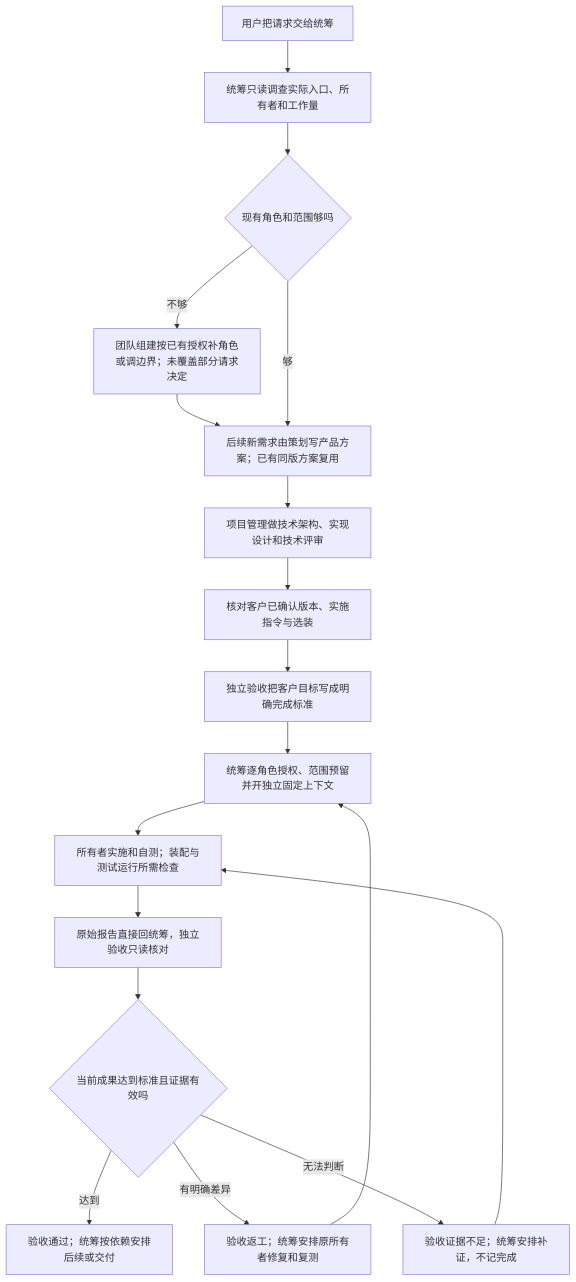
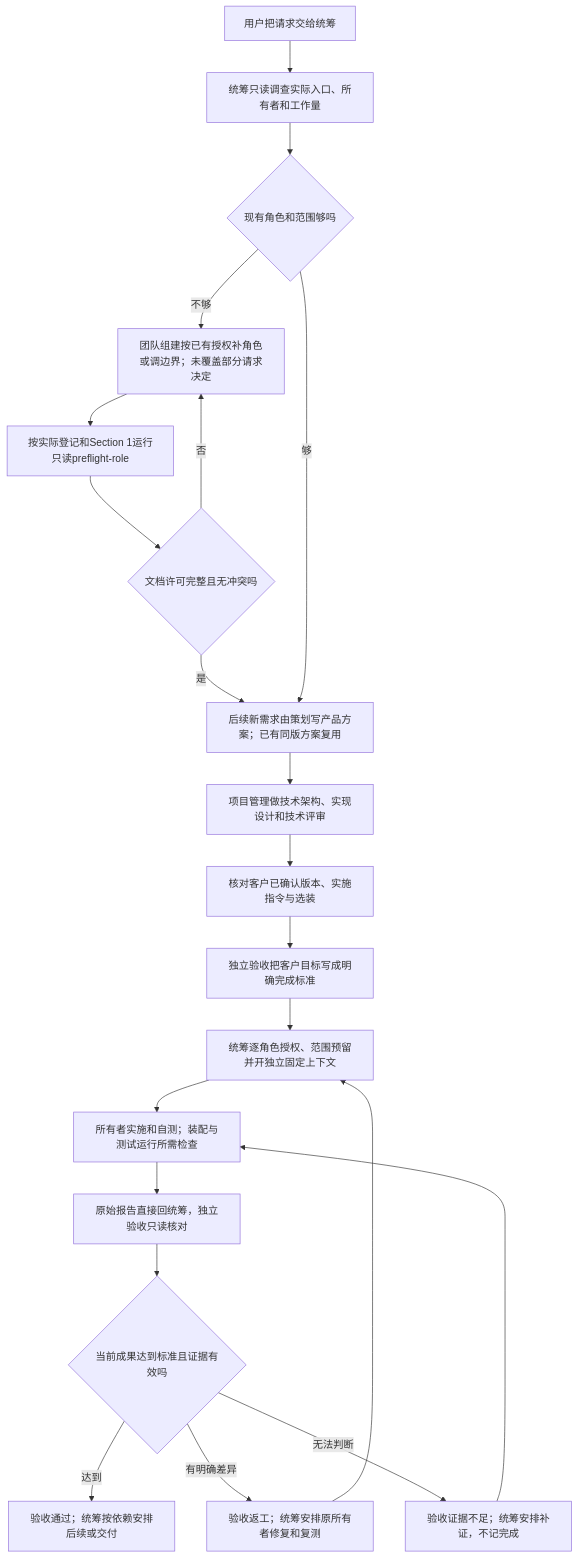
One commit to wangzhongren/ans-skill changed the diagram in 角色卡/技能规范/docs/feature/role-authority-split.md. Above: the diagram before and after it, drawn with Mermaid. The commit also changed other lines of this file and 42 other files, not shown here.

````diff
--- a/角色卡/技能规范/docs/feature/role-authority-split.md
+++ b/角色卡/技能规范/docs/feature/role-authority-split.md
@@ -36,20 +39,23 @@
 ```mermaid
 flowchart TD
   input[用户把请求交给统筹] --> inspect[统筹只读调查实际入口、所有者和工作量]
   inspect --> roles{现有角色和范围够吗}
   roles -->|不够| formation[团队组建按已有授权补角色或调边界；未覆盖部分请求决定]
-  formation --> planning
+  formation --> preflight[按实际登记和Section 1运行只读preflight-role]
+  preflight --> complete{文档许可完整且无冲突吗}
+  complete -->|否| formation
+  complete -->|是| planning
   roles -->|够| planning[后续新需求由策划写产品方案；已有同版方案复用]
   planning --> proposal[项目管理做技术架构、实现设计和技术评审]
   proposal --> consent[核对客户已确认版本、实施指令与选装]
   consent --> criteria[独立验收把客户目标写成明确完成标准]
   criteria --> assign[统筹逐角色授权、范围预留并开独立固定上下文]
   assign --> work[所有者实施和自测；装配与测试运行所需检查]
   work --> evidence[原始报告直接回统筹，独立验收只读核对]
   evidence --> verdict{当前成果达到标准且证据有效吗}
   verdict -->|达到| pass[验收通过；统筹按依赖安排后续或交付]
   verdict -->|有明确差异| rework[验收返工；统筹安排原所有者修复和复测]
   verdict -->|无法判断| missing[验收证据不足；统筹安排补证，不记完成]
   rework --> assign
   missing --> work
 ```
````
